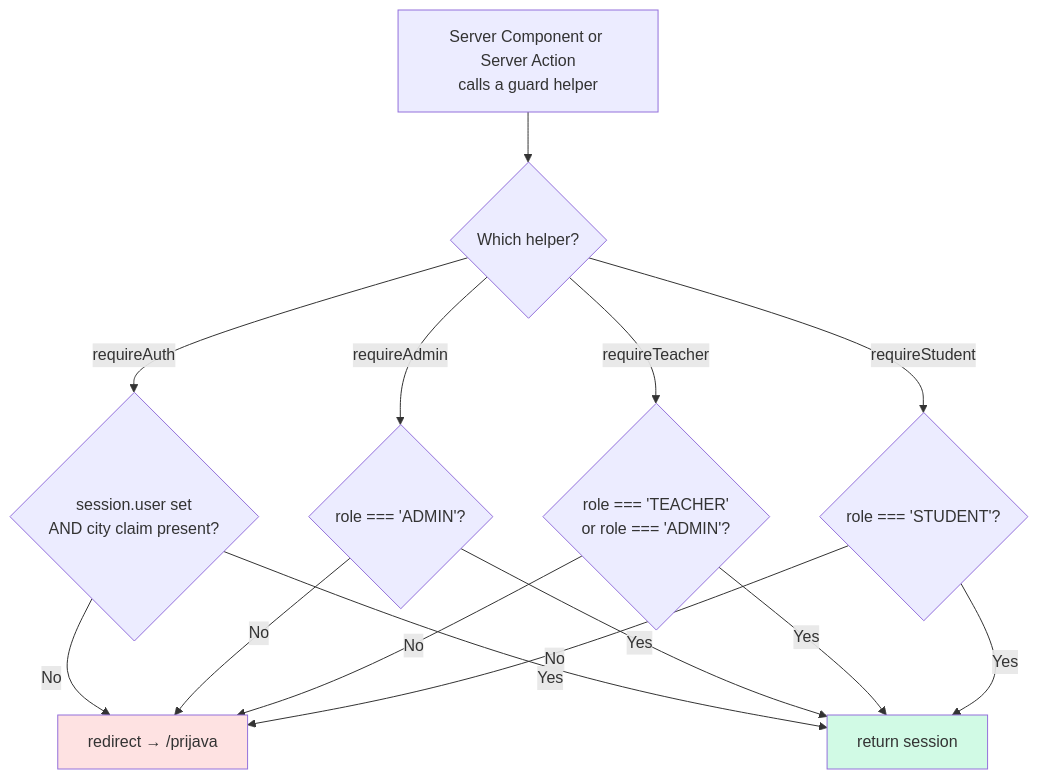
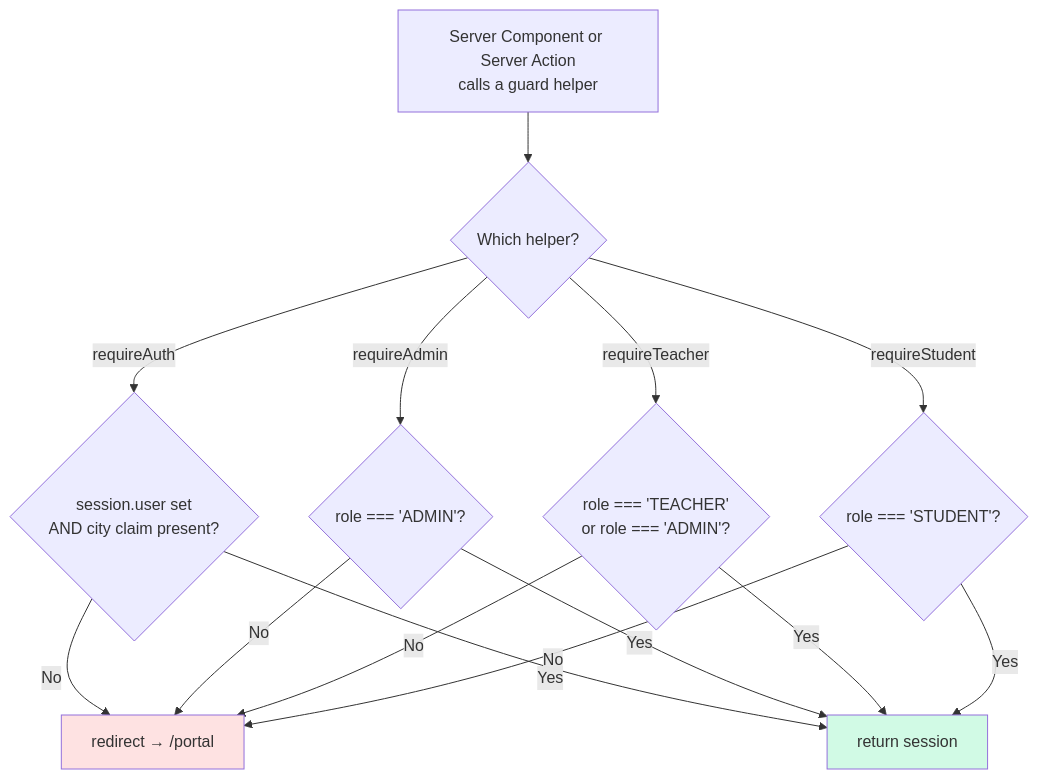
The third of 3 diagrams in docs/diagrams/role-based-login.md (jpucic00/inovatic), drawn with Mermaid before and after one commit. The commit also changed other lines of this file and 30 other files, not shown here.

````diff
--- a/docs/diagrams/role-based-login.md
+++ b/docs/diagrams/role-based-login.md
@@ -97,21 +102,21 @@
 ```mermaid
 flowchart TD
     CALL["Server Component or Server Action<br/>calls a guard helper"] --> WHICH{Which helper?}
 
     WHICH -->|requireAuth| A1{session.user set<br/>AND city claim present?}
     WHICH -->|requireAdmin| A2{role === 'ADMIN'?}
     WHICH -->|requireTeacher| A3{role === 'TEACHER'<br/>or role === 'ADMIN'?}
     WHICH -->|requireStudent| A4{role === 'STUDENT'?}
 
-    A1 -->|No| RED[redirect → /prijava]
+    A1 -->|No| RED[redirect → /portal]
     A1 -->|Yes| OK[return session]
     A2 -->|No| RED
     A2 -->|Yes| OK
     A3 -->|No| RED
     A3 -->|Yes| OK
     A4 -->|No| RED
     A4 -->|Yes| OK
 
     style OK  fill:#d1fae5
     style RED fill:#fee2e2
 ```
````
